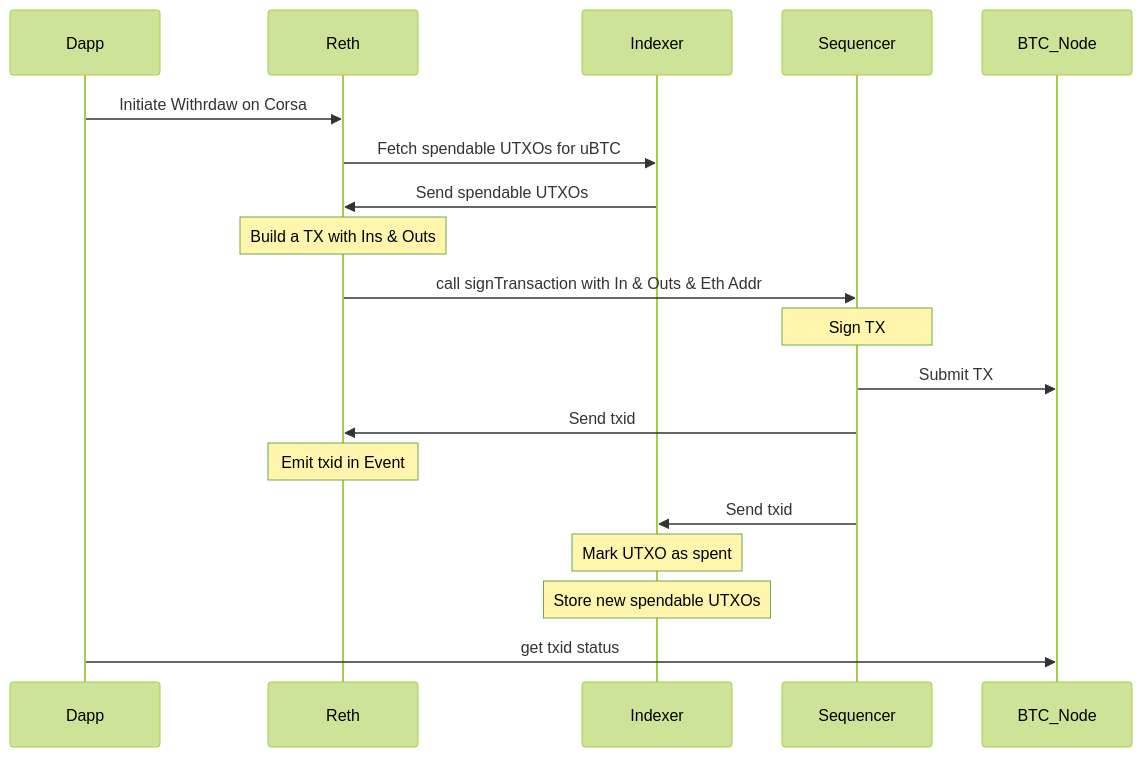
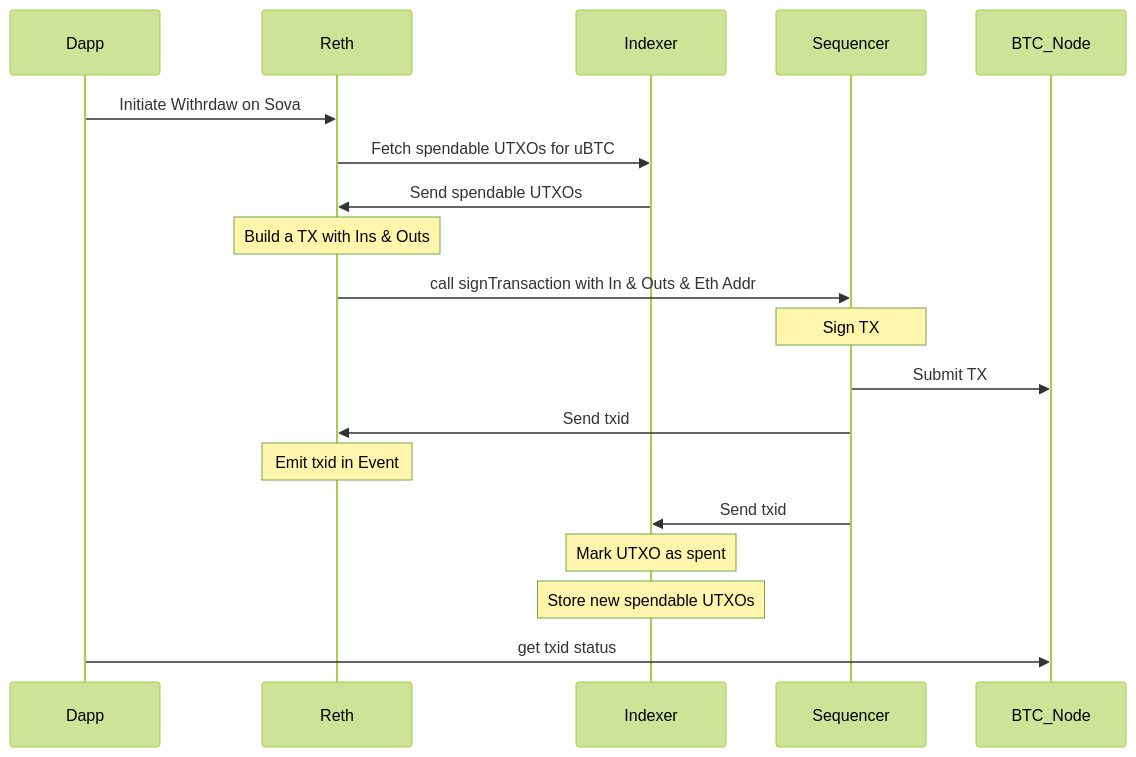
The diagram in docs/design/withdrawls.mmd (SovaNetwork/sova-reth), drawn with Mermaid (forest theme) before and after one commit. The commit also changed 8 other files, not shown here.

```diff
--- a/docs/design/withdrawls.mmd
+++ b/docs/design/withdrawls.mmd
@@ -1,20 +1,20 @@
 sequenceDiagram
     participant Dapp
     participant Reth
     participant Indexer
     participant Sequencer
     participant BTC_Node
 
-    Dapp->>Reth: Initiate Withrdaw on Corsa
+    Dapp->>Reth: Initiate Withrdaw on Sova
     Reth->>Indexer: Fetch spendable UTXOs for uBTC
     Indexer->>Reth: Send spendable UTXOs
     Note over Reth: Build a TX with Ins & Outs
     Reth->>Sequencer: call signTransaction with In & Outs & Eth Addr
     Note over Sequencer: Sign TX
     Sequencer->>BTC_Node: Submit TX
     Sequencer->>Reth: Send txid
     Note over Reth: Emit txid in Event
     Sequencer->>Indexer: Send txid
     Note over Indexer: Mark UTXO as spent
     Note over Indexer: Store new spendable UTXOs
     Dapp->>BTC_Node: get txid status
```
